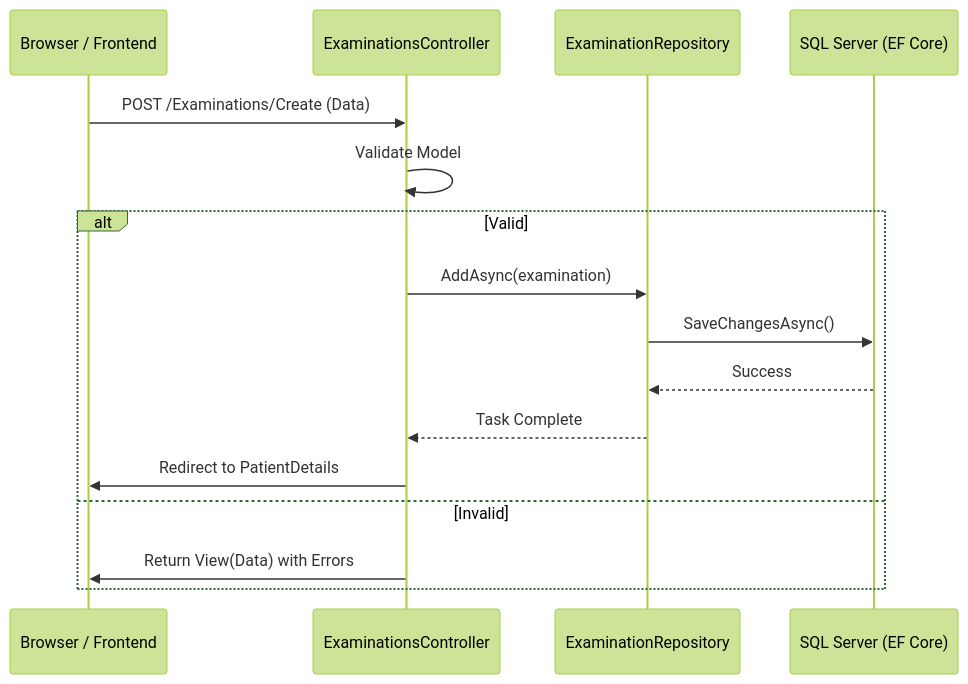
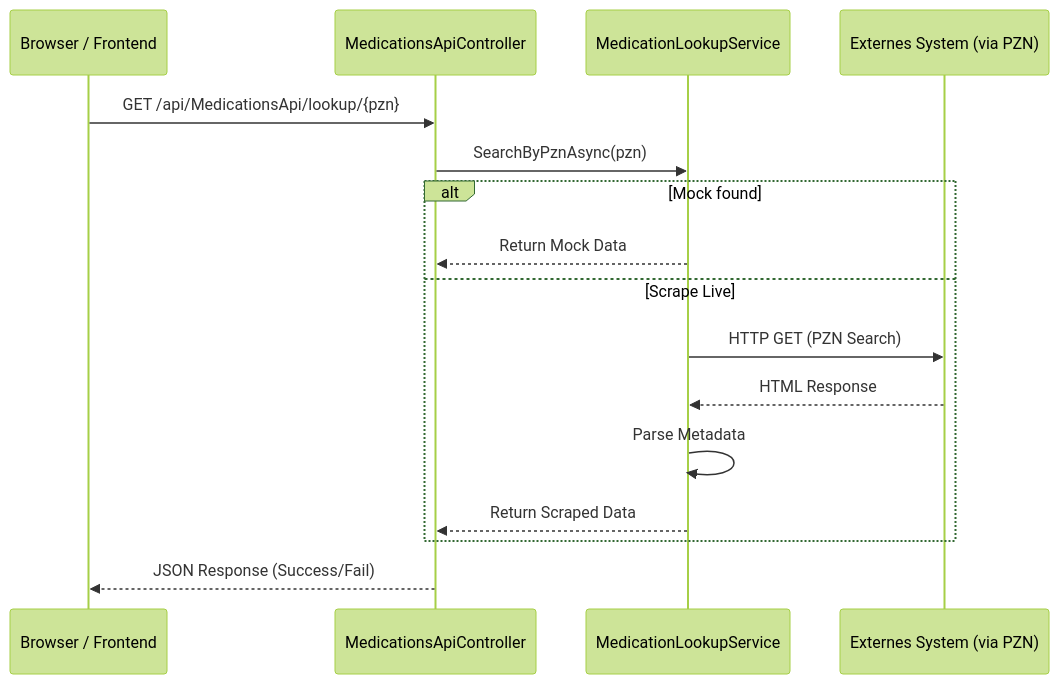
One commit to T-Boyke/C-Sharp-ASP-Fundamentals changed the third of 6 diagrams in 07_Patienten/docs/07_Patienten_UML_Architecture.md. Above: the diagram before and after it, drawn with Mermaid (forest theme). The commit also changed other lines of this file and 3 other files, not shown here.

````diff
--- a/07_Patienten/docs/07_Patienten_UML_Architecture.md
+++ b/07_Patienten/docs/07_Patienten_UML_Architecture.md
@@ -69,19 +95,19 @@
 ```mermaid
 sequenceDiagram
     participant User as Browser / Frontend
-    participant Ctrl as ExaminationsController
-    participant Repo as ExaminationRepository
-    participant DB as SQL Server (EF Core)
+    participant Api as MedicationsApiController
+    participant Service as MedicationLookupService
+    participant Extern as Externes System (via PZN)
 
-    User->>Ctrl: POST /Examinations/Create (Data)
-    Ctrl->>Ctrl: Validate Model
-    alt Valid
-        Ctrl->>Repo: AddAsync(examination)
-        Repo->>DB: SaveChangesAsync()
-        DB-->>Repo: Success
-        Repo-->>Ctrl: Task Complete
-        Ctrl->>User: Redirect to PatientDetails
-    else Invalid
-        Ctrl->>User: Return View(Data) with Errors
+    User->>Api: GET /api/MedicationsApi/lookup/{pzn}
+    Api->>Service: SearchByPznAsync(pzn)
+    alt Mock found
+        Service-->>Api: Return Mock Data
+    else Scrape Live
+        Service->>Extern: HTTP GET (PZN Search)
+        Extern-->>Service: HTML Response
+        Service->>Service: Parse Metadata
+        Service-->>Api: Return Scraped Data
     end
+    Api-->>User: JSON Response (Success/Fail)
 ```
````
